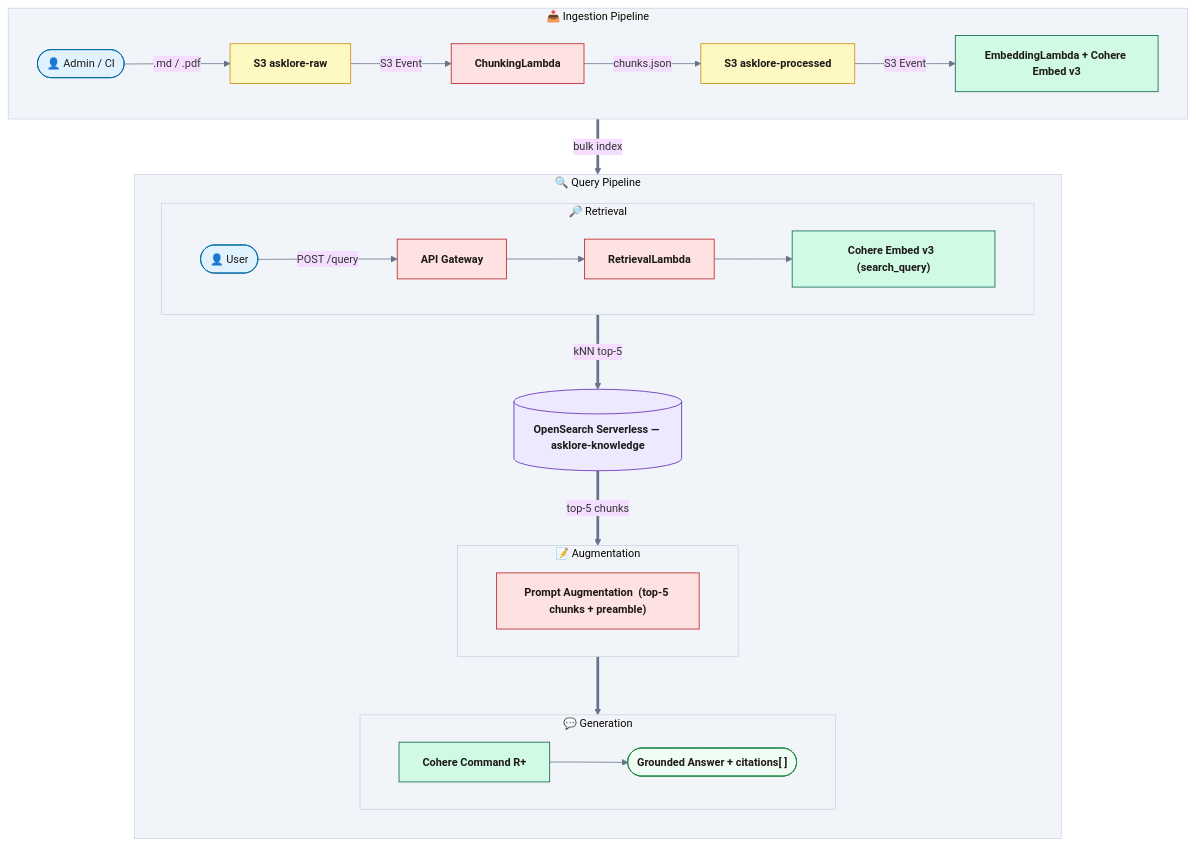
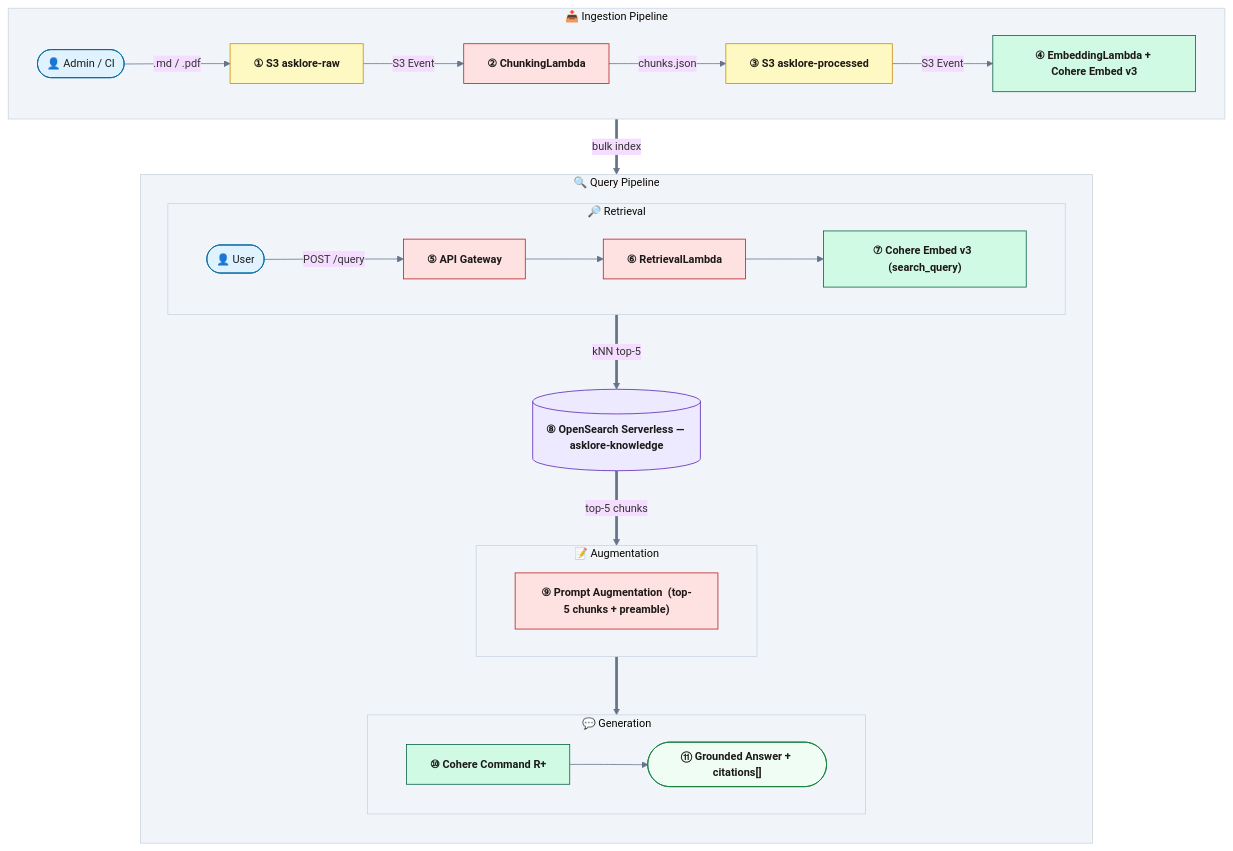
The diagram in README.md (Sunilrana1978/AskLore), drawn with Mermaid before and after one commit.

Commit message:
Add step numbers ①–⑪ to diagram nodes; fix citations[] text

````diff
--- a/README.md
+++ b/README.md
@@ -9,49 +9,49 @@
 ```mermaid
 %%{init: {'theme': 'base', 'themeVariables': {'clusterBkg': '#F1F5F9', 'clusterBorder': '#CBD5E1', 'lineColor': '#64748B', 'fontSize': '14px'}}}%%
 flowchart TB
 
     classDef s3      fill:#FEF9C3,stroke:#CA8A04,color:#1C1917,font-weight:bold
     classDef lambda  fill:#FEE2E2,stroke:#B91C1C,color:#1C1917,font-weight:bold
     classDef bedrock fill:#D1FAE5,stroke:#065F46,color:#1C1917,font-weight:bold
     classDef os      fill:#EDE9FE,stroke:#5B21B6,color:#1C1917,font-weight:bold
     classDef person  fill:#E0F2FE,stroke:#0369A1,color:#1C1917
     classDef output  fill:#F0FDF4,stroke:#15803D,color:#1C1917,font-weight:bold
 
     subgraph ING["📥  Ingestion Pipeline"]
         direction LR
         UADM(["👤 Admin / CI"]):::person
-        RAWB["S3  asklore-raw"]:::s3
-        CLMB["ChunkingLambda"]:::lambda
-        PROC["S3  asklore-processed"]:::s3
-        EMBL["EmbeddingLambda + Cohere Embed v3"]:::bedrock
+        RAWB["① S3  asklore-raw"]:::s3
+        CLMB["② ChunkingLambda"]:::lambda
+        PROC["③ S3  asklore-processed"]:::s3
+        EMBL["④ EmbeddingLambda + Cohere Embed v3"]:::bedrock
         UADM -->|.md / .pdf| RAWB -->|S3 Event| CLMB -->|chunks.json| PROC -->|S3 Event| EMBL
     end
 
     subgraph QRY["🔍  Query Pipeline"]
         direction TB
         subgraph RET["🔎  Retrieval"]
             direction LR
             UQRY(["👤 User"]):::person
-            APIG["API Gateway"]:::lambda
-            RLMB["RetrievalLambda"]:::lambda
-            CEMB["Cohere Embed v3  (search_query)"]:::bedrock
+            APIG["⑤ API Gateway"]:::lambda
+            RLMB["⑥ RetrievalLambda"]:::lambda
+            CEMB["⑦ Cohere Embed v3  (search_query)"]:::bedrock
             UQRY -->|POST /query| APIG --> RLMB --> CEMB
         end
-        OSLS[("OpenSearch Serverless — asklore-knowledge")]:::os
+        OSLS[("⑧ OpenSearch Serverless — asklore-knowledge")]:::os
         subgraph AUG["📝  Augmentation"]
             direction LR
-            PAUG["Prompt Augmentation  (top-5 chunks + preamble)"]:::lambda
+            PAUG["⑨ Prompt Augmentation  (top-5 chunks + preamble)"]:::lambda
         end
         subgraph GEN["💬  Generation"]
             direction LR
-            GLLM["Cohere Command R+"]:::bedrock
-            GOUT(["Grounded Answer + citations[ ]"]):::output
+            GLLM["⑩ Cohere Command R+"]:::bedrock
+            GOUT(["⑪ Grounded Answer + citations[]"]):::output
             GLLM --> GOUT
         end
         CEMB ==>|kNN top-5| OSLS
         OSLS ==>|top-5 chunks| PAUG
         PAUG ==> GLLM
     end
 
     EMBL ==>|bulk index| OSLS
 ```
````
